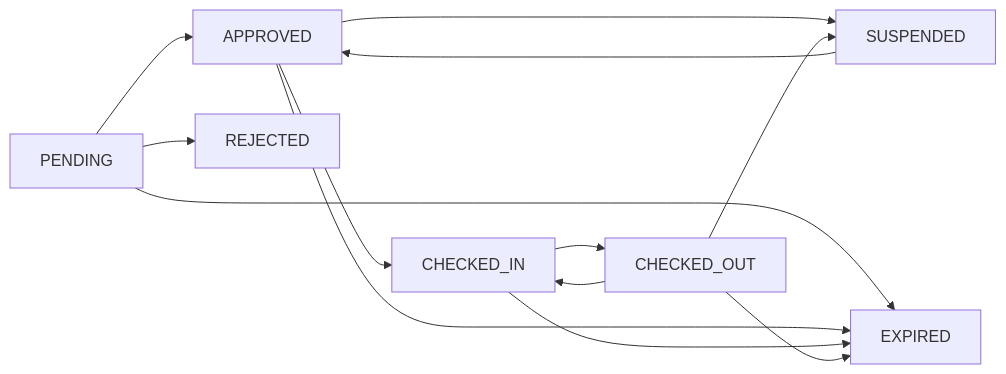
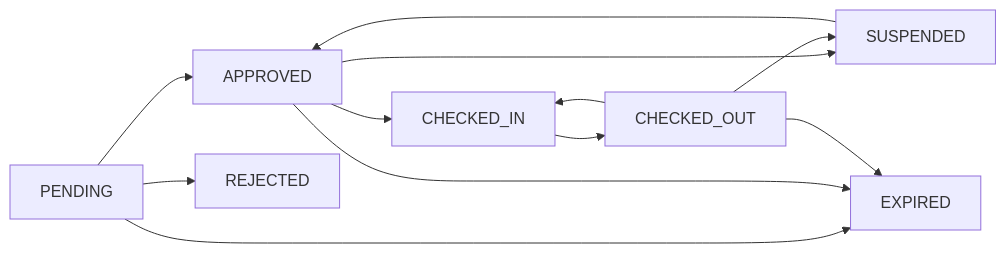
One commit to digitaldodo/visitor-management-system changed diagram 12 of 42 in PROJECT_OVERVIEW.md. Above: the diagram before and after it, drawn with Mermaid. The commit also changed other lines of this file and 1 other file, not shown here.

````diff
--- a/PROJECT_OVERVIEW.md
+++ b/PROJECT_OVERVIEW.md
@@ -224,15 +306,14 @@
 ```mermaid
 flowchart LR
     PENDING["PENDING"] --> APPROVED["APPROVED"]
     PENDING --> REJECTED["REJECTED"]
     PENDING --> EXPIRED["EXPIRED"]
     APPROVED --> CHECKEDIN["CHECKED_IN"]
     APPROVED --> EXPIRED
     CHECKEDIN --> CHECKEDOUT["CHECKED_OUT"]
-    CHECKEDIN --> EXPIRED
     CHECKEDOUT --> CHECKEDIN
     APPROVED --> SUSPENDED["SUSPENDED"]
     CHECKEDOUT --> SUSPENDED
     SUSPENDED --> APPROVED
     CHECKEDOUT --> EXPIRED
 ```
````
